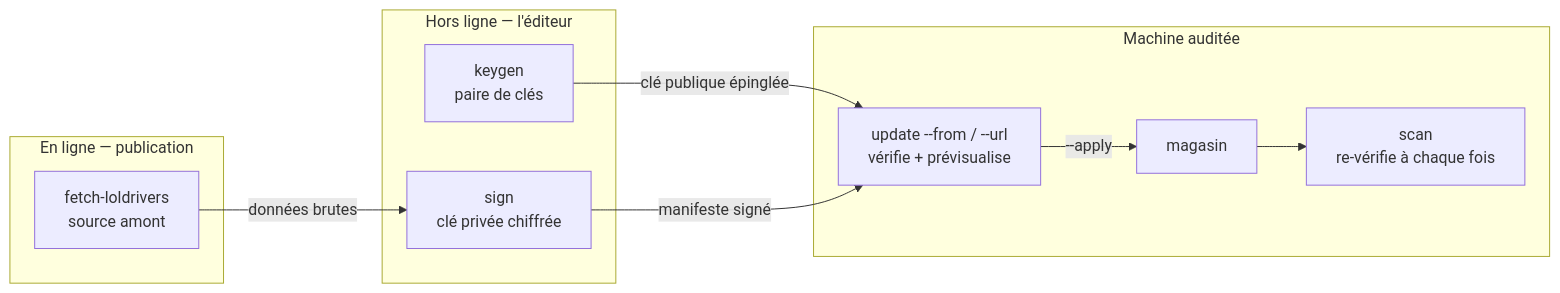
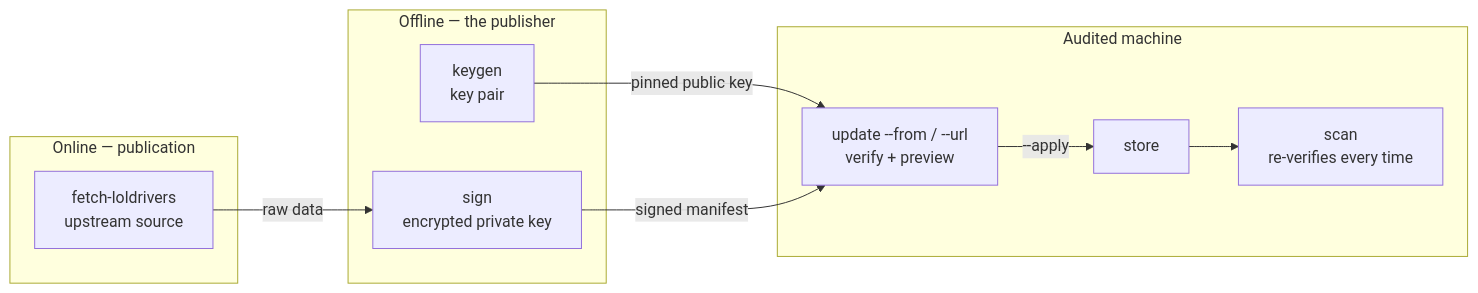
Before and after one commit to naoutix/rempart: the third of 3 diagrams in docs/ARCHITECTURE.md, drawn with Mermaid. The commit also changed other lines of this file and 1 other file, not shown here.

First line of the commit message:
Translate ARCHITECTURE.md and BUILD.md to English (#61)

````diff
--- a/docs/ARCHITECTURE.md
+++ b/docs/ARCHITECTURE.md
@@ -84,21 +85,21 @@
 ```mermaid
 flowchart LR
-    subgraph OFF["Hors ligne — l'éditeur"]
-        K["keygen<br/>paire de clés"]
-        S["sign<br/>clé privée chiffrée"]
+    subgraph OFF["Offline — the publisher"]
+        K["keygen<br/>key pair"]
+        S["sign<br/>encrypted private key"]
     end
-    subgraph PUB["En ligne — publication"]
-        F["fetch-loldrivers<br/>source amont"]
+    subgraph PUB["Online — publication"]
+        F["fetch-loldrivers<br/>upstream source"]
     end
-    subgraph AUD["Machine auditée"]
-        U["update --from / --url<br/>vérifie + prévisualise"]
-        ST["magasin"]
-        SC["scan<br/>re-vérifie à chaque fois"]
+    subgraph AUD["Audited machine"]
+        U["update --from / --url<br/>verify + preview"]
+        ST["store"]
+        SC["scan<br/>re-verifies every time"]
     end
 
-    K -->|clé publique épinglée| U
-    F -->|données brutes| S
-    S -->|manifeste signé| U
+    K -->|pinned public key| U
+    F -->|raw data| S
+    S -->|signed manifest| U
     U -->|--apply| ST
     ST --> SC
 ```
````
